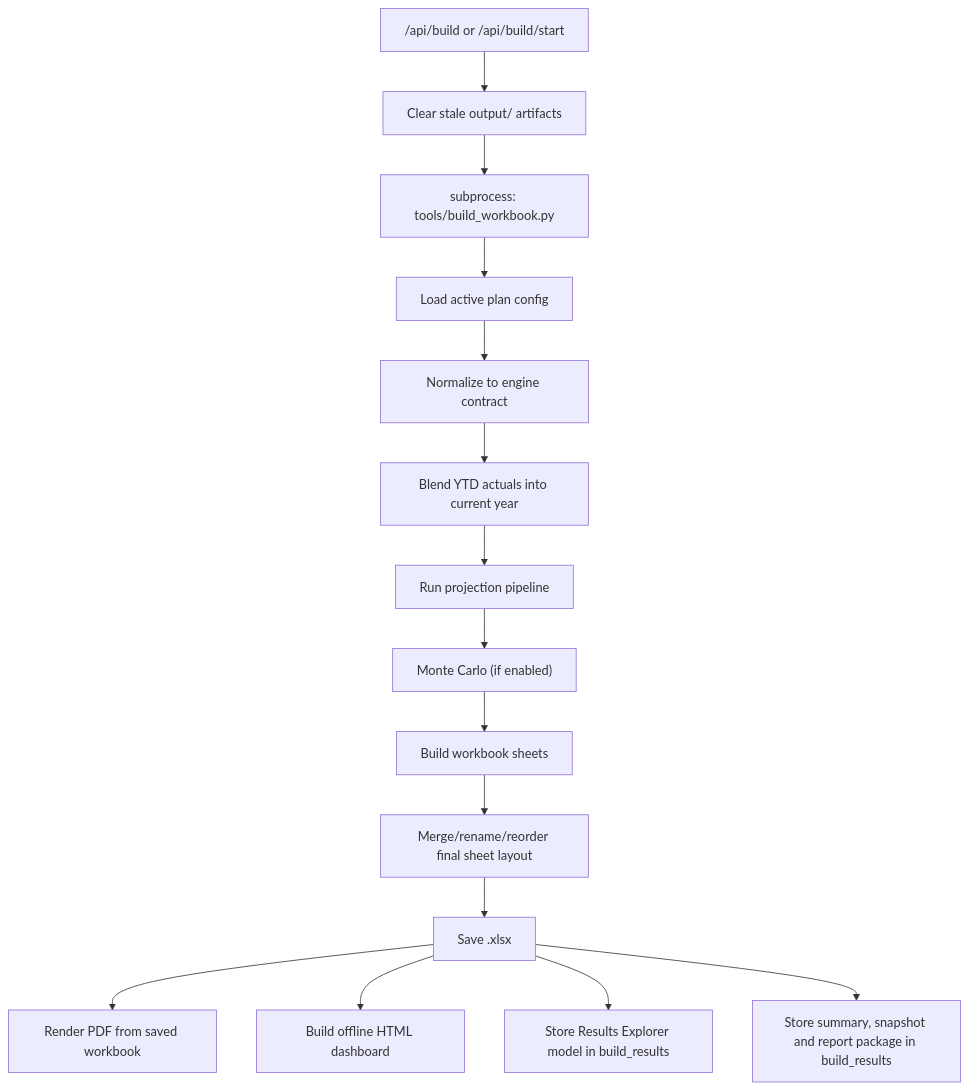
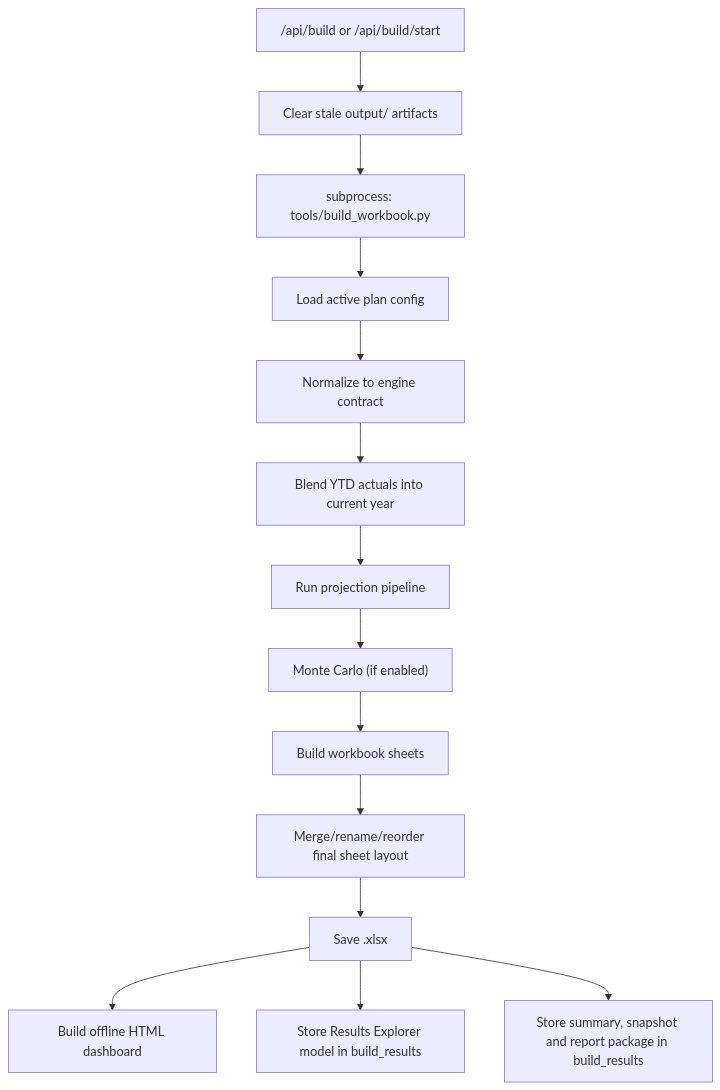
Before and after one commit to matthartzman/retirement_system: the second of 2 diagrams in documentation/reference/CURRENT_SYSTEM_DESIGN_SPEC.md, drawn with Mermaid. The commit also changed other lines of this file and 1 other file, not shown here.

Commit message:
docs: remove nonexistent PDF output claims from the two specs

````diff
--- a/documentation/reference/CURRENT_SYSTEM_DESIGN_SPEC.md
+++ b/documentation/reference/CURRENT_SYSTEM_DESIGN_SPEC.md
@@ -302,17 +302,16 @@
 ```mermaid
 flowchart TD
     Trigger["/api/build or /api/build/start"] --> Clear["Clear stale output/ artifacts"]
     Clear --> Sub["subprocess: tools/build_workbook.py"]
     Sub --> Load["Load active plan config"]
     Load --> Normalize["Normalize to engine contract"]
     Normalize --> YTD["Blend YTD actuals into current year"]
     YTD --> Project["Run projection pipeline"]
     Project --> MC["Monte Carlo (if enabled)"]
     MC --> Sheets["Build workbook sheets"]
     Sheets --> Structure["Merge/rename/reorder final sheet layout"]
     Structure --> Save["Save .xlsx"]
-    Save --> PDF["Render PDF from saved workbook"]
     Save --> HTML["Build offline HTML dashboard"]
     Save --> JSON["Store Results Explorer model in build_results"]
     Save --> Summary["Store summary, snapshot and report package in build_results"]
 ```
````
